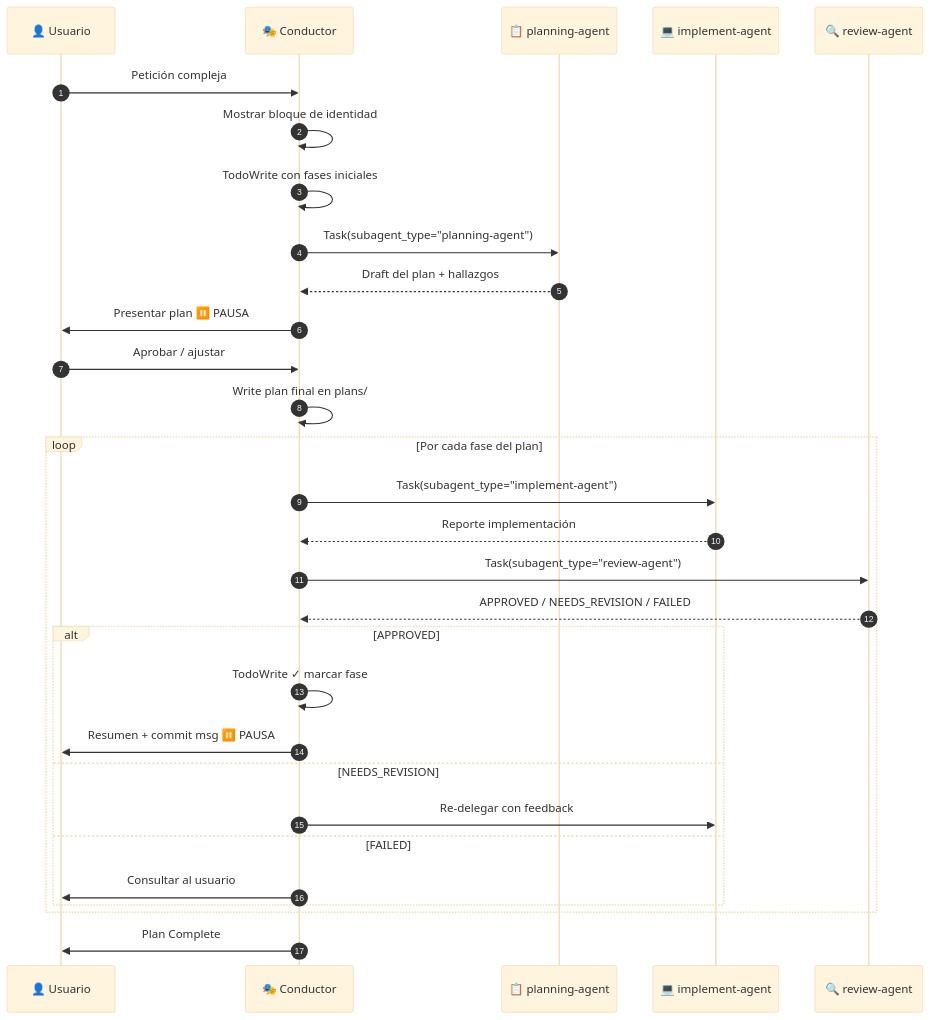
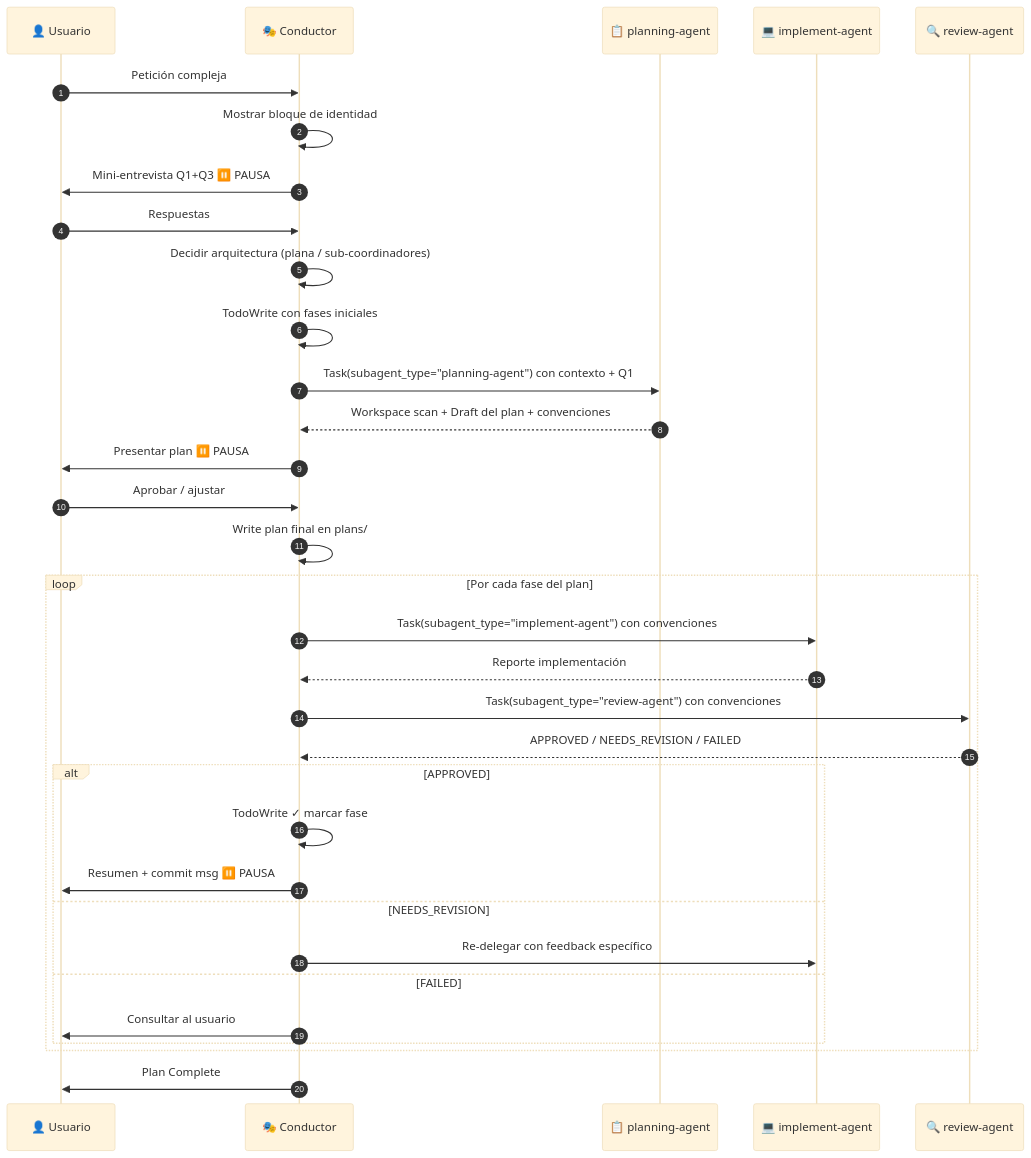
One commit to elisaul77/Orquestacion_Agentes_claude changed the diagram in skills/subagent-pool/SKILL.md. Above: the diagram before and after it, drawn with Mermaid (base theme). The commit also changed other lines of this file and 8 other files, not shown here.

First line of the commit message:
feat: v5.0 — workspace scan, mini-entrevista, AgentArchitect, checklist seguridad

````diff
--- a/skills/subagent-pool/SKILL.md
+++ b/skills/subagent-pool/SKILL.md
@@ -60,33 +130,36 @@
 ```mermaid
 sequenceDiagram
     autonumber
     participant U as 👤 Usuario
     participant C as 🎭 Conductor
     participant P as 📋 planning-agent
     participant I as 💻 implement-agent
     participant R as 🔍 review-agent
 
     U->>C: Petición compleja
     C->>C: Mostrar bloque de identidad
+    C->>U: Mini-entrevista Q1+Q3 ⏸️ PAUSA
+    U->>C: Respuestas
+    C->>C: Decidir arquitectura (plana / sub-coordinadores)
     C->>C: TodoWrite con fases iniciales
-    C->>P: Task(subagent_type="planning-agent")
-    P-->>C: Draft del plan + hallazgos
+    C->>P: Task(subagent_type="planning-agent") con contexto + Q1
+    P-->>C: Workspace scan + Draft del plan + convenciones
     C->>U: Presentar plan ⏸️ PAUSA
     U->>C: Aprobar / ajustar
     C->>C: Write plan final en plans/
     loop Por cada fase del plan
-        C->>I: Task(subagent_type="implement-agent")
+        C->>I: Task(subagent_type="implement-agent") con convenciones
         I-->>C: Reporte implementación
-        C->>R: Task(subagent_type="review-agent")
+        C->>R: Task(subagent_type="review-agent") con convenciones
         R-->>C: APPROVED / NEEDS_REVISION / FAILED
         alt APPROVED
             C->>C: TodoWrite ✓ marcar fase
             C->>U: Resumen + commit msg ⏸️ PAUSA
         else NEEDS_REVISION
-            C->>I: Re-delegar con feedback
+            C->>I: Re-delegar con feedback específico
         else FAILED
             C->>U: Consultar al usuario
         end
     end
     C->>U: Plan Complete
 ```
````
